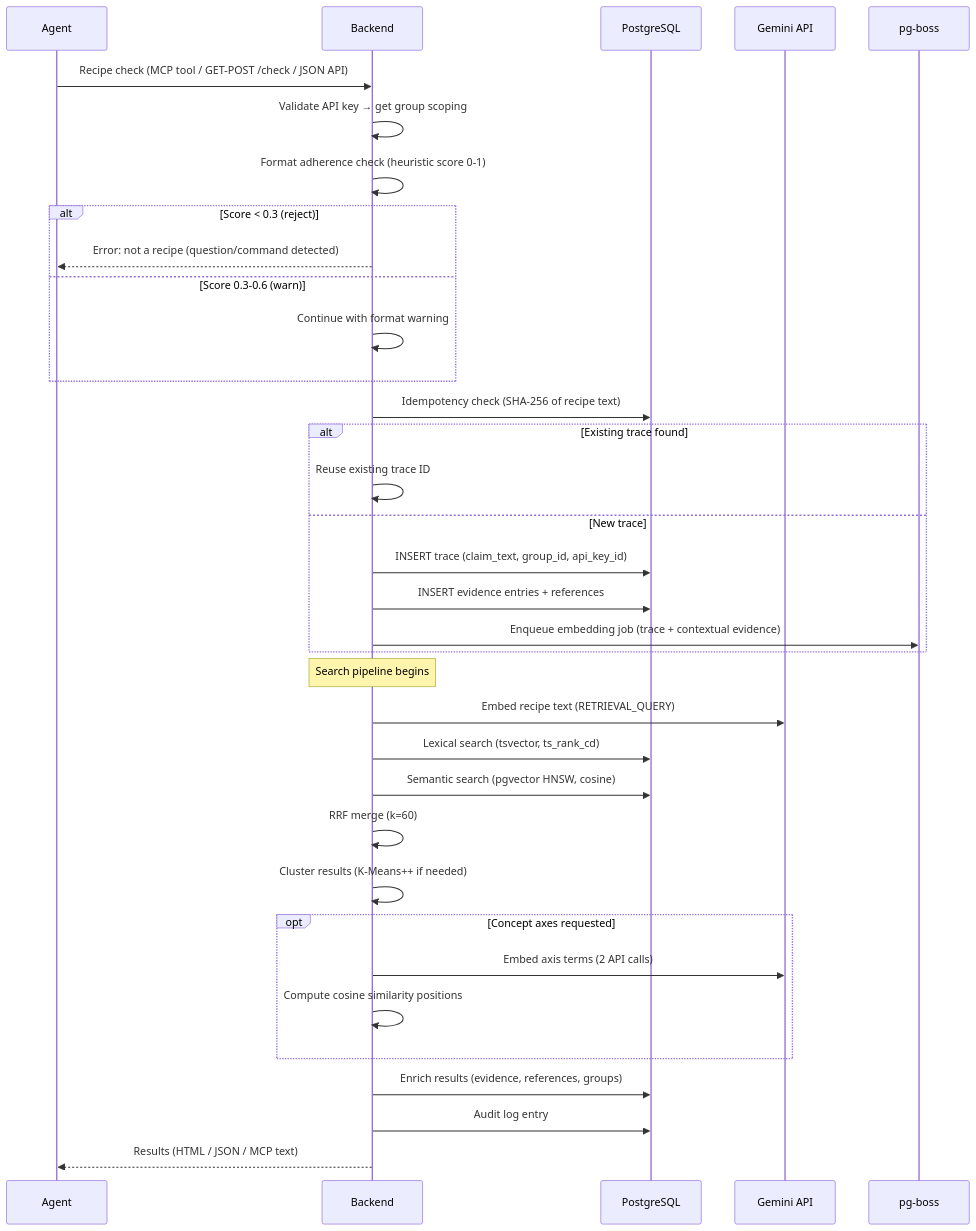
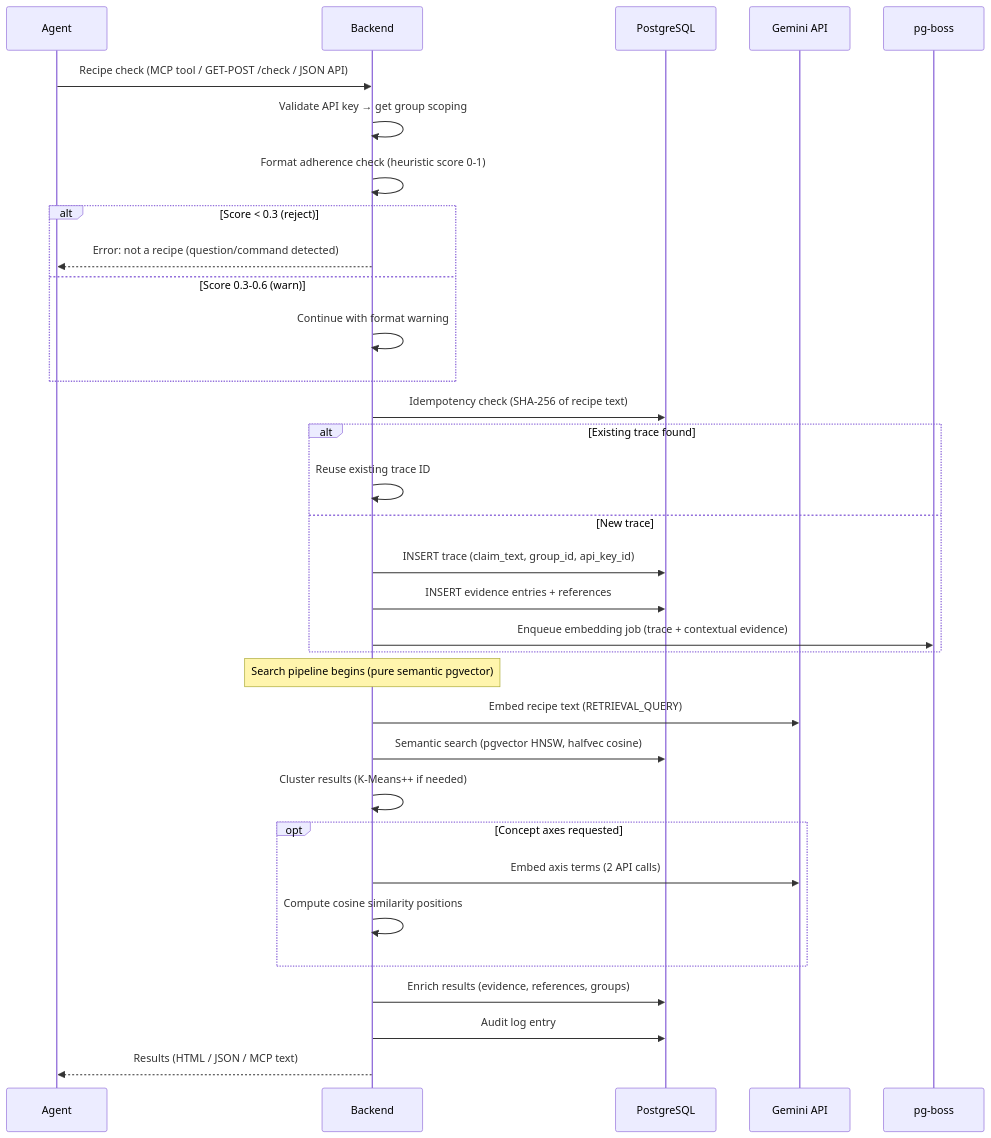
The third of 14 diagrams in docs/architecture/data-flow.md (AndyForest/SoupNet), drawn with Mermaid before and after one commit. The commit also changed other lines of this file and 10 other files, not shown here.

````diff
--- a/docs/architecture/data-flow.md
+++ b/docs/architecture/data-flow.md
@@ -94,43 +94,41 @@
 ```mermaid
 sequenceDiagram
     participant A as Agent
     participant S as Backend
     participant DB as PostgreSQL
     participant G as Gemini API
     participant Q as pg-boss
 
     A->>S: Recipe check (MCP tool / GET-POST /check / JSON API)
     S->>S: Validate API key → get group scoping
     S->>S: Format adherence check (heuristic score 0-1)
 
     alt Score < 0.3 (reject)
         S-->>A: Error: not a recipe (question/command detected)
     else Score 0.3-0.6 (warn)
         S->>S: Continue with format warning
     end
 
     S->>DB: Idempotency check (SHA-256 of recipe text)
     alt Existing trace found
         S->>S: Reuse existing trace ID
     else New trace
         S->>DB: INSERT trace (claim_text, group_id, api_key_id)
         S->>DB: INSERT evidence entries + references
         S->>Q: Enqueue embedding job (trace + contextual evidence)
     end
 
-    Note over S: Search pipeline begins
+    Note over S: Search pipeline begins (pure semantic pgvector)
     S->>G: Embed recipe text (RETRIEVAL_QUERY)
-    S->>DB: Lexical search (tsvector, ts_rank_cd)
-    S->>DB: Semantic search (pgvector HNSW, cosine)
-    S->>S: RRF merge (k=60)
+    S->>DB: Semantic search (pgvector HNSW, halfvec cosine)
     S->>S: Cluster results (K-Means++ if needed)
 
     opt Concept axes requested
         S->>G: Embed axis terms (2 API calls)
         S->>S: Compute cosine similarity positions
     end
 
     S->>DB: Enrich results (evidence, references, groups)
     S->>DB: Audit log entry
     S-->>A: Results (HTML / JSON / MCP text)
 ```
````
